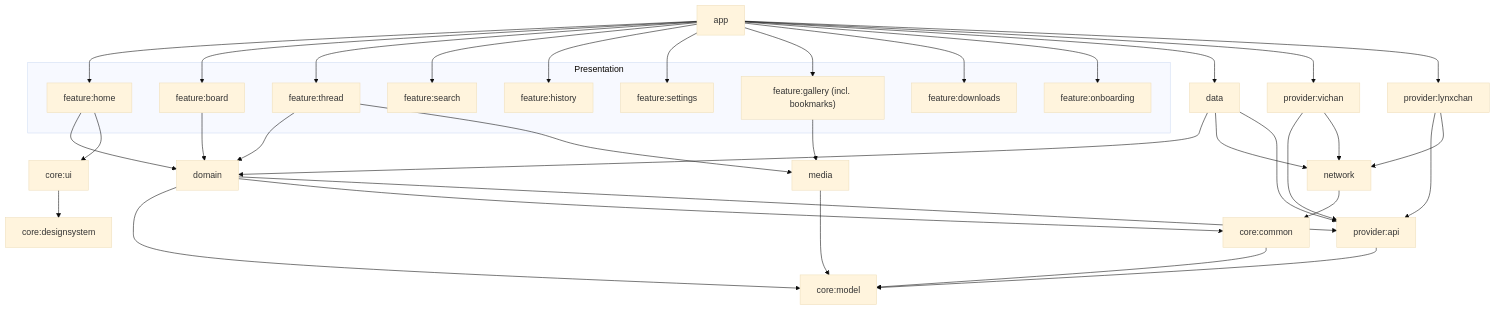
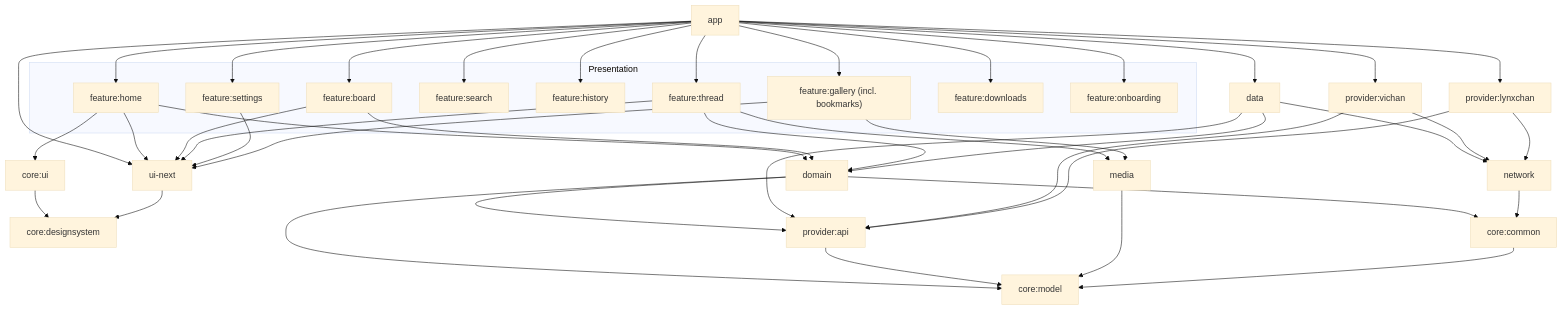
One commit to Defuuls/Orbin changed the diagram in docs/architecture/README.md. Above: the diagram before and after it, drawn with Mermaid (base theme). The commit also changed other lines of this file and 3 other files, not shown here.

````diff
--- a/docs/architecture/README.md
+++ b/docs/architecture/README.md
@@ -23,44 +23,52 @@
 ```mermaid
 graph TD
     app --> feature_home & feature_board & feature_thread & feature_search
     app --> feature_history & feature_settings & feature_gallery & feature_downloads & feature_onboarding
     app --> data
     app --> provider_vichan & provider_lynxchan
 
     subgraph Presentation
       feature_home[feature:home]
       feature_board[feature:board]
       feature_thread[feature:thread]
       feature_search[feature:search]
       feature_history[feature:history]
       feature_settings[feature:settings]
       feature_gallery["feature:gallery (incl. bookmarks)"]
       feature_downloads[feature:downloads]
       feature_onboarding[feature:onboarding]
     end
 
     feature_home --> domain
     feature_board --> domain
     feature_thread --> domain
     feature_thread --> media
     feature_gallery --> media
     feature_home --> core_ui[core:ui]
     core_ui --> core_designsystem[core:designsystem]
 
+    app --> ui_next[ui-next]
+    feature_home --> ui_next
+    feature_board --> ui_next
+    feature_thread --> ui_next
+    feature_settings --> ui_next
+    feature_gallery --> ui_next
+    ui_next --> core_designsystem
+
     domain --> core_model[core:model]
     domain --> core_common[core:common]
     domain --> provider_api[provider:api]
 
     data --> domain
     data --> network
     data --> provider_api
 
     provider_vichan[provider:vichan] --> provider_api
     provider_vichan --> network
     provider_lynxchan[provider:lynxchan] --> provider_api
     provider_lynxchan --> network
     provider_api --> core_model
     media --> core_model
     network --> core_common
     core_common --> core_model
 ```
````
